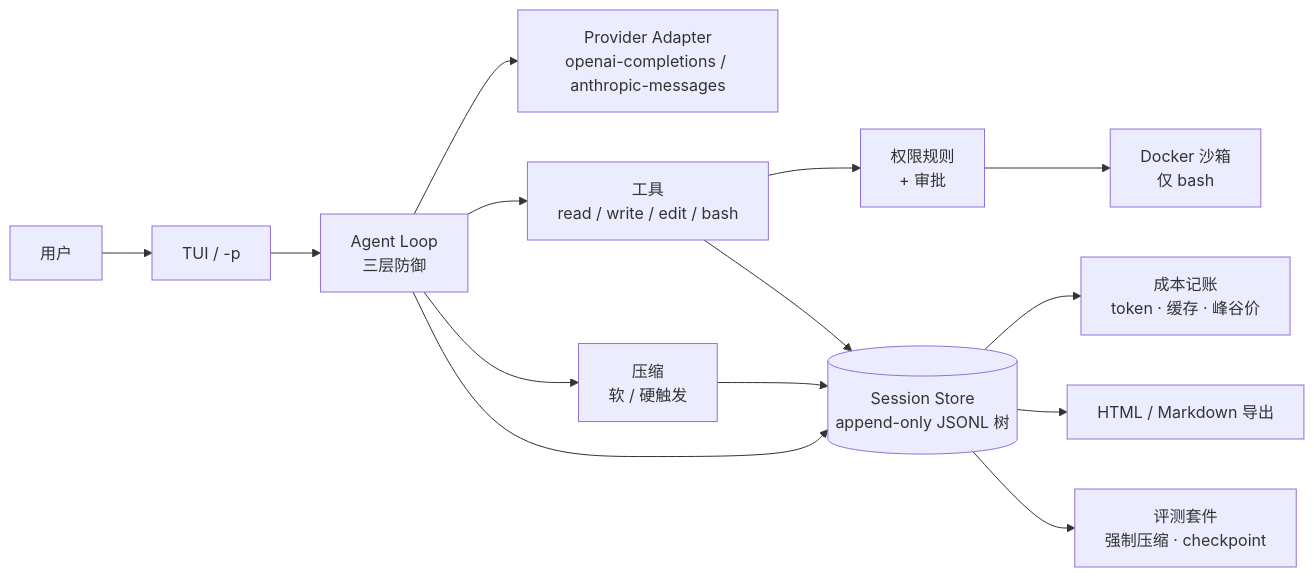
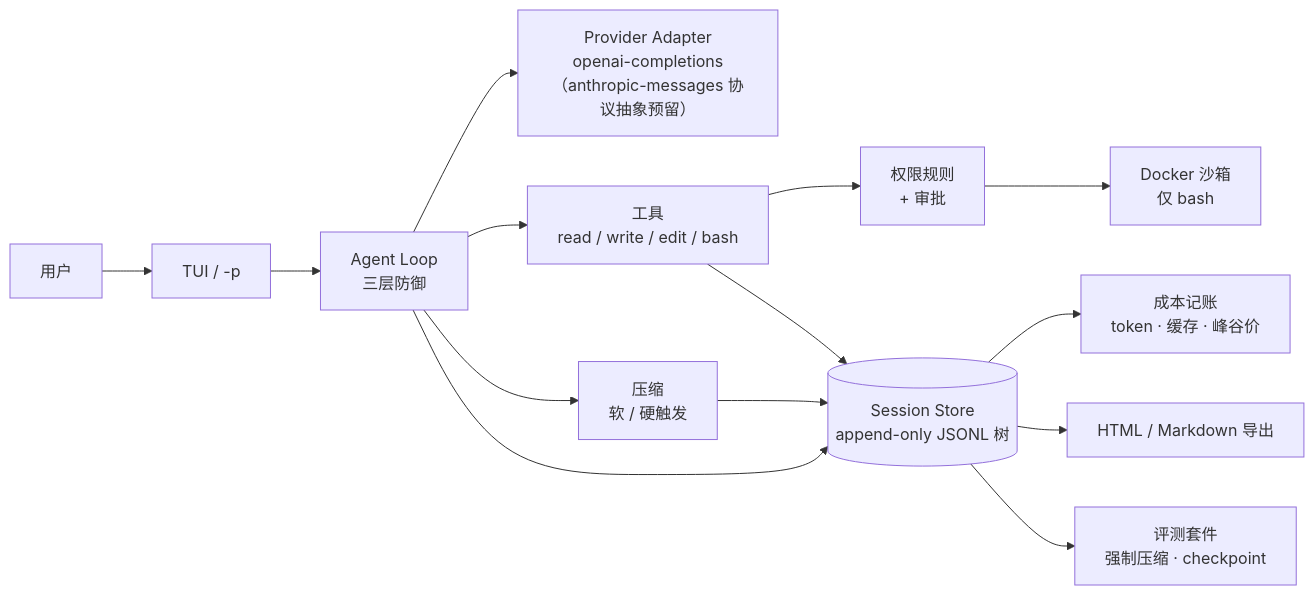
Before and after one commit to szh1007/codelotte: the diagram in README.md, drawn with Mermaid. The commit also changed other lines of this file and 32 other files, not shown here.

````diff
--- a/README.md
+++ b/README.md
@@ -236,16 +236,16 @@
 ```mermaid
 flowchart LR
     U[用户] --> I[TUI / -p]
     I --> L[Agent Loop<br/>三层防御]
-    L --> P[Provider Adapter<br/>openai-completions / anthropic-messages]
+    L --> P[Provider Adapter<br/>openai-completions<br/>（anthropic-messages 协议抽象预留）]
     L --> A[工具<br/>read / write / edit / bash]
     A --> R[权限规则<br/>+ 审批]
     R --> S[Docker 沙箱<br/>仅 bash]
     L --> C[压缩<br/>软 / 硬触发]
     L --> D[(Session Store<br/>append-only JSONL 树)]
     A --> D
     C --> D
     D --> K[成本记账<br/>token · 缓存 · 峰谷价]
     D --> X[HTML / Markdown 导出]
     D --> E[评测套件<br/>强制压缩 · checkpoint]
 ```
````
